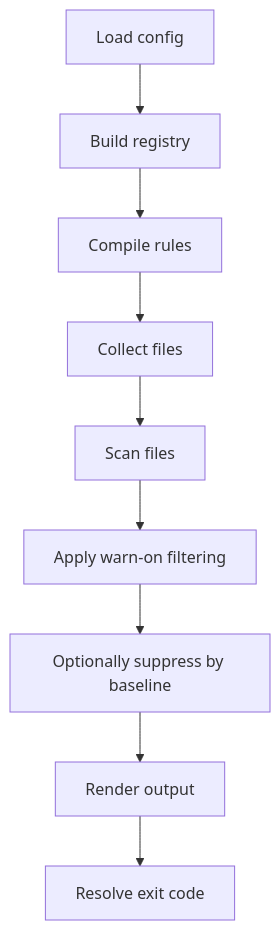
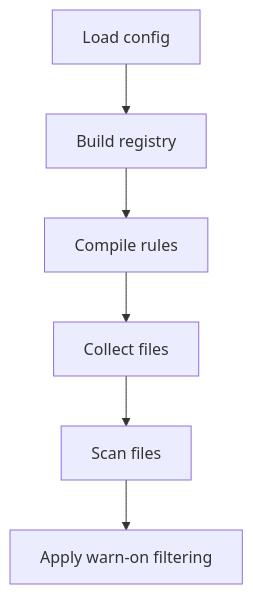
One commit to CunningFatalist/promptinel changed the first of 3 diagrams in docs/ScanPipeline.md. Above: the diagram before and after it, drawn with Mermaid. The commit also changed other lines of this file and 4 other files, not shown here.

````diff
--- a/docs/ScanPipeline.md
+++ b/docs/ScanPipeline.md
@@ -18,11 +17,8 @@
 ```mermaid
 flowchart TD
     A["Load config"] --> B["Build registry"]
     B --> C["Compile rules"]
     C --> D["Collect files"]
     D --> E["Scan files"]
     E --> F["Apply warn-on filtering"]
-    F --> G["Optionally suppress by baseline"]
-    G --> H["Render output"]
-    H --> I["Resolve exit code"]
 ```
````
